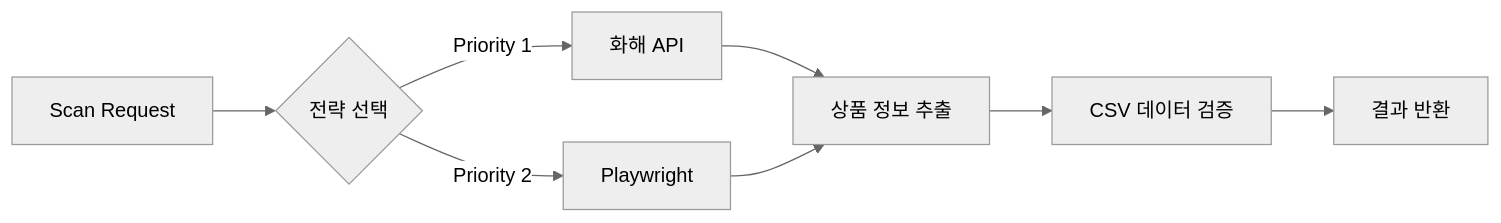
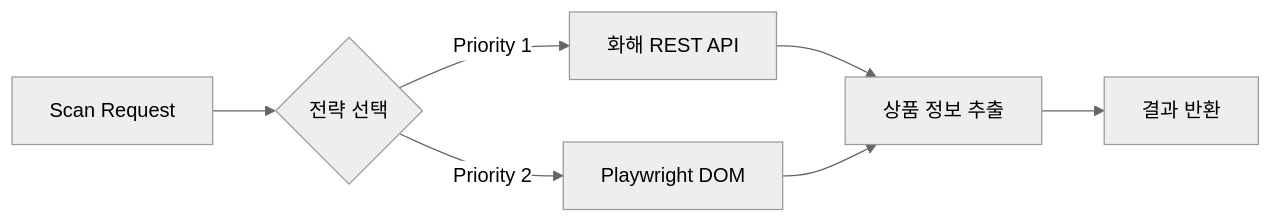
One commit to grandeclip/pouchit-scraper changed the first of 6 diagrams in product_scanner/README.md. Above: the diagram before and after it, drawn with Mermaid (neutral theme). The commit also changed other lines of this file and 1 other file, not shown here.

````diff
--- a/product_scanner/README.md
+++ b/product_scanner/README.md
@@ -24,10 +31,9 @@
 ```mermaid
 graph LR
     A[Scan Request] --> B{전략 선택}
-    B -->|Priority 1| C[화해 API]
-    B -->|Priority 2| D[Playwright]
+    B -->|Priority 1| C[화해 REST API]
+    B -->|Priority 2| D[Playwright DOM]
     C --> E[상품 정보 추출]
     D --> E
-    E --> F[CSV 데이터 검증]
-    F --> G[결과 반환]
+    E --> F[결과 반환]
 ```
````
